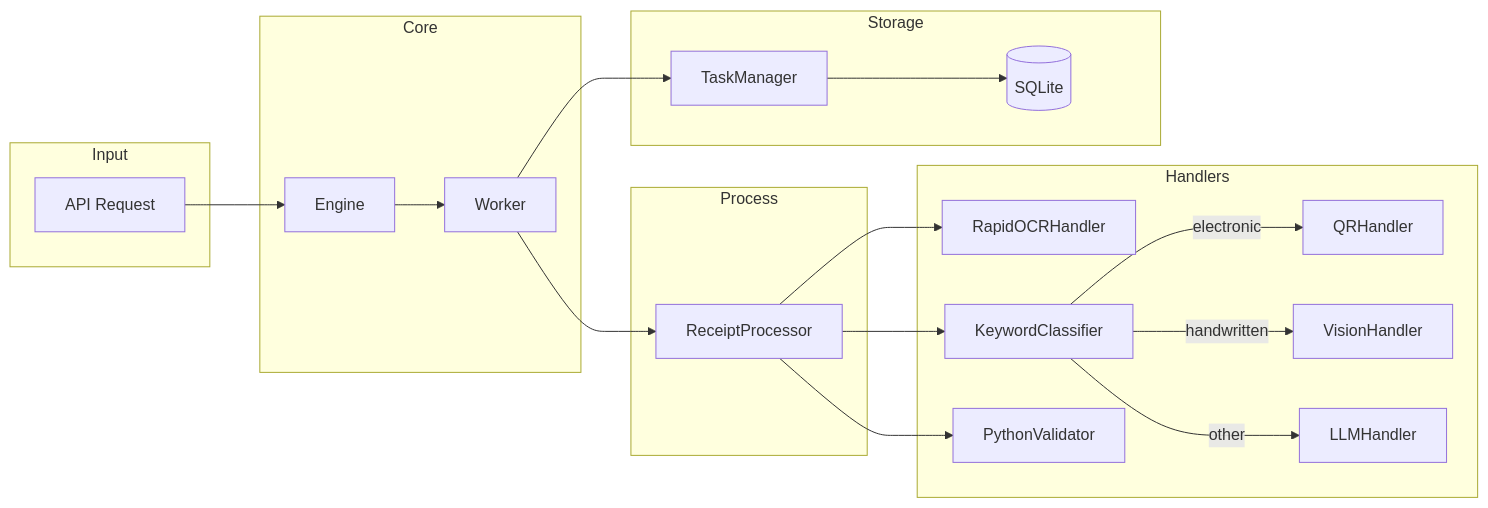
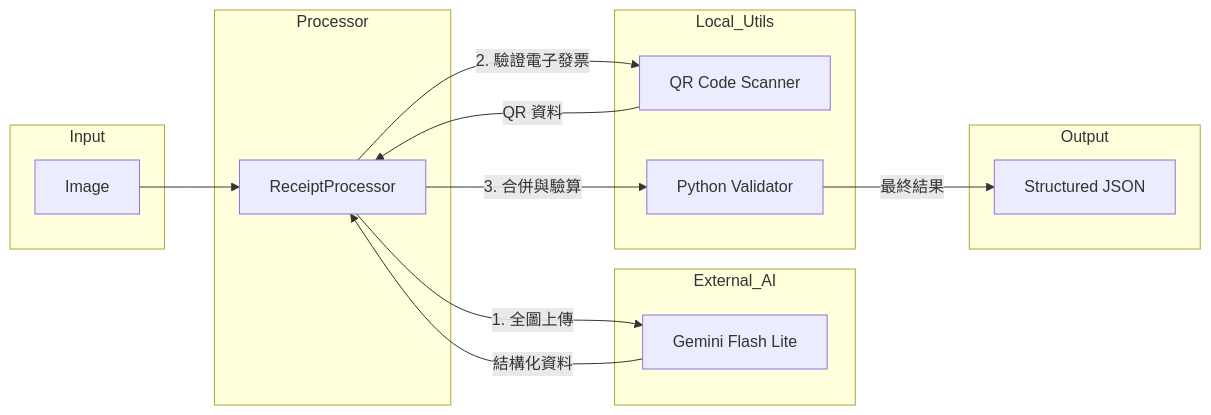
The third of 4 diagrams in dev_data/plan/backend_class_diagram.md (Alan2O18/InvoSmart), drawn with Mermaid before and after one commit. The commit also changed other lines of this file and 28 other files, not shown here.

````diff
--- a/dev_data/plan/backend_class_diagram.md
+++ b/dev_data/plan/backend_class_diagram.md
@@ -286,41 +86,31 @@
 ```mermaid
 flowchart LR
     subgraph Input
-        API[API Request]
+        IMG[Image]
     end
     
-    subgraph Core
-        E[Engine]
-        W[Worker]
-    end
-    
-    subgraph Process
+    subgraph Processor
         RP[ReceiptProcessor]
     end
     
-    subgraph Handlers
-        OCR[RapidOCRHandler]
-        KC[KeywordClassifier]
-        QR[QRHandler]
-        VH[VisionHandler]
-        LLM[LLMHandler]
-        PV[PythonValidator]
+    subgraph External_AI
+        VLM[Gemini Flash Lite]
     end
     
-    subgraph Storage
-        TM[TaskManager]
-        DB[(SQLite)]
+    subgraph Local_Utils
+        QR[QR Code Scanner]
+        Val[Python Validator]
     end
     
-    API --> E
-    E --> W
-    W --> RP
-    RP --> OCR
-    RP --> KC
-    KC --> |electronic| QR
-    KC --> |handwritten| VH
-    KC --> |other| LLM
-    RP --> PV
-    W --> TM
-    TM --> DB
+    subgraph Output
+        JSON[Structured JSON]
+    end
+    
+    IMG --> RP
+    RP --> |1. 全圖上傳| VLM
+    VLM --> |結構化資料| RP
+    RP --> |2. 驗證電子發票| QR
+    QR --> |QR 資料| RP
+    RP --> |3. 合併與驗算| Val
+    Val --> |最終結果| JSON
 ```
````
